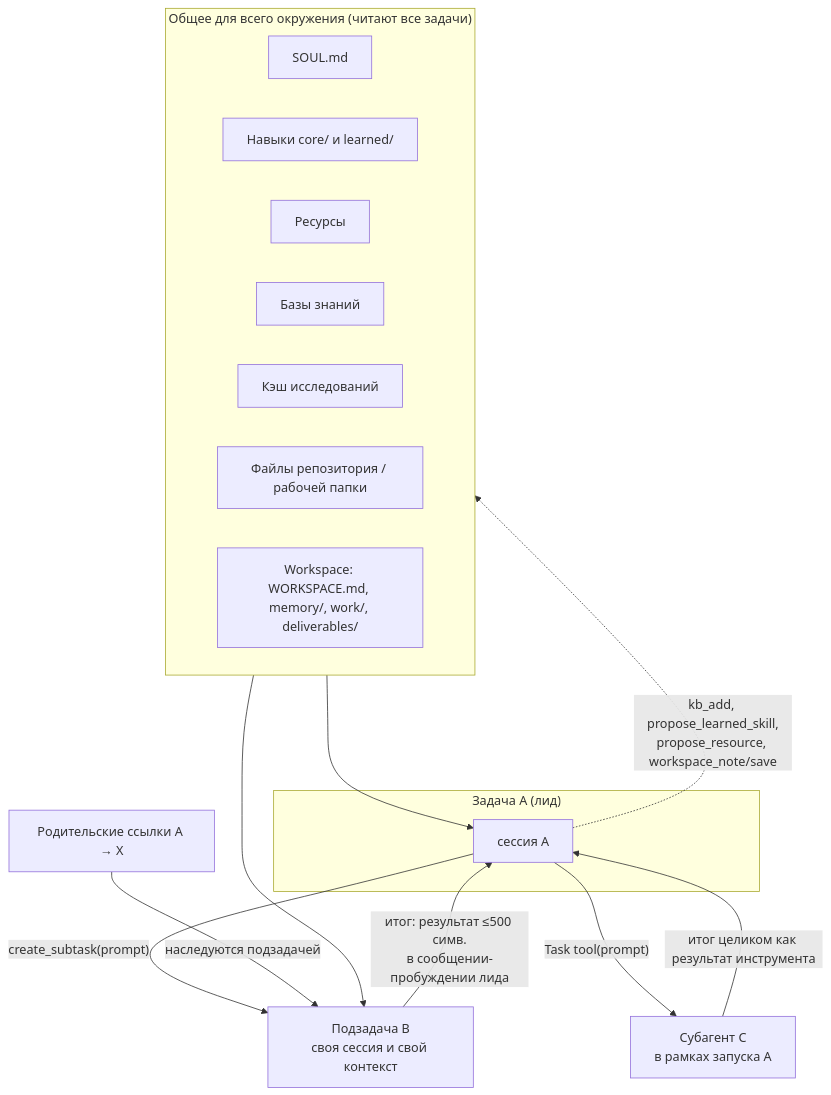
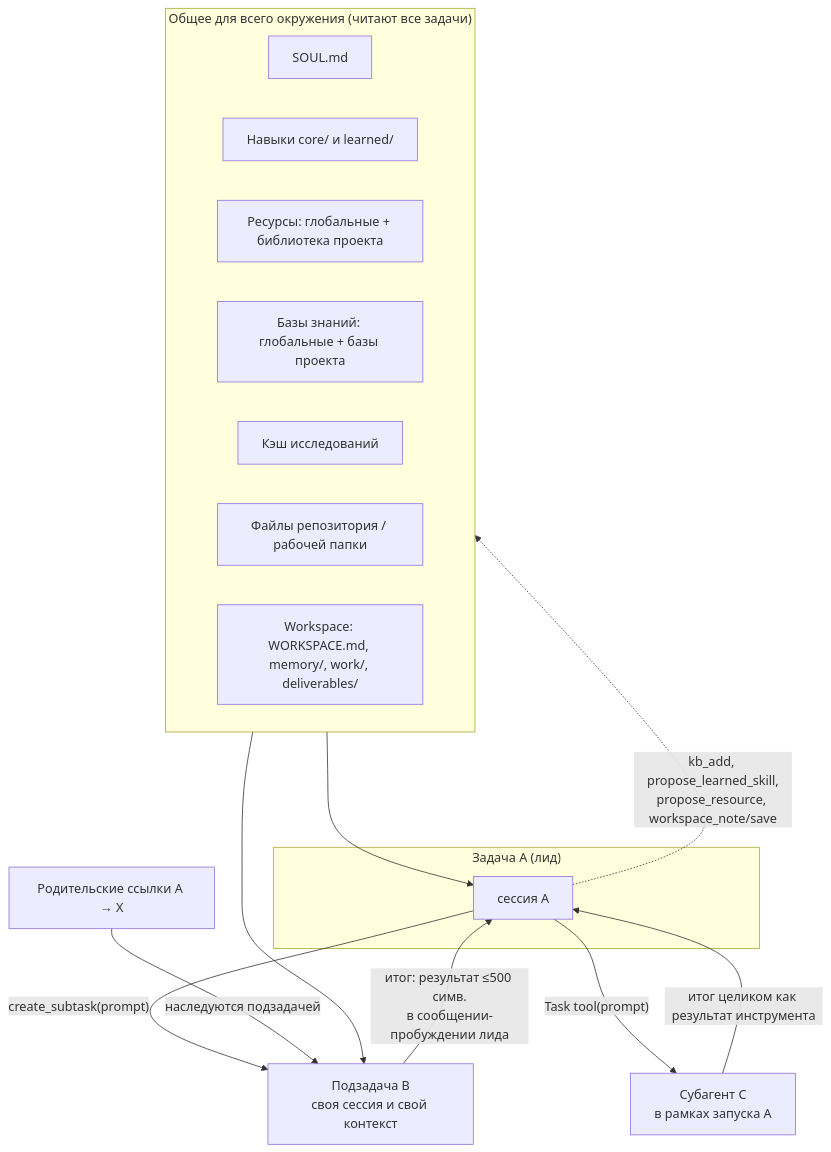
The third of 4 diagrams in docs/request-flow.md (Arttron/aigentron), drawn with Mermaid before and after one commit. The commit also changed other lines of this file and 43 other files, not shown here.

````diff
--- a/docs/request-flow.md
+++ b/docs/request-flow.md
@@ -117,23 +117,23 @@
 ```mermaid
 flowchart TD
   subgraph TASK["Задача A (лид)"]
     A1["сессия A"]
   end
   A1 -->|"create_subtask(prompt)"| B1["Подзадача B<br/>своя сессия и свой контекст"]
   A1 -->|"Task tool(prompt)"| C1["Субагент C<br/>в рамках запуска A"]
   B1 -->|"итог: результат ≤500 симв.<br/>в сообщении-пробуждении лида"| A1
   C1 -->|"итог целиком как результат инструмента"| A1
   P["Родительские ссылки A → X"] -->|"наследуются подзадачей"| B1
   subgraph ENV["Общее для всего окружения (читают все задачи)"]
     SOUL["SOUL.md"]
     SK["Навыки core/ и learned/"]
-    RES["Ресурсы"]
-    KB["Базы знаний"]
+    RES["Ресурсы: глобальные + библиотека проекта"]
+    KB["Базы знаний: глобальные + базы проекта"]
     RC["Кэш исследований"]
     FS["Файлы репозитория / рабочей папки"]
     WS["Workspace: WORKSPACE.md, memory/, work/, deliverables/"]
   end
   ENV --> A1
   ENV --> B1
   A1 -.->|"kb_add, propose_learned_skill,<br/>propose_resource, workspace_note/save"| ENV
 ```
````
